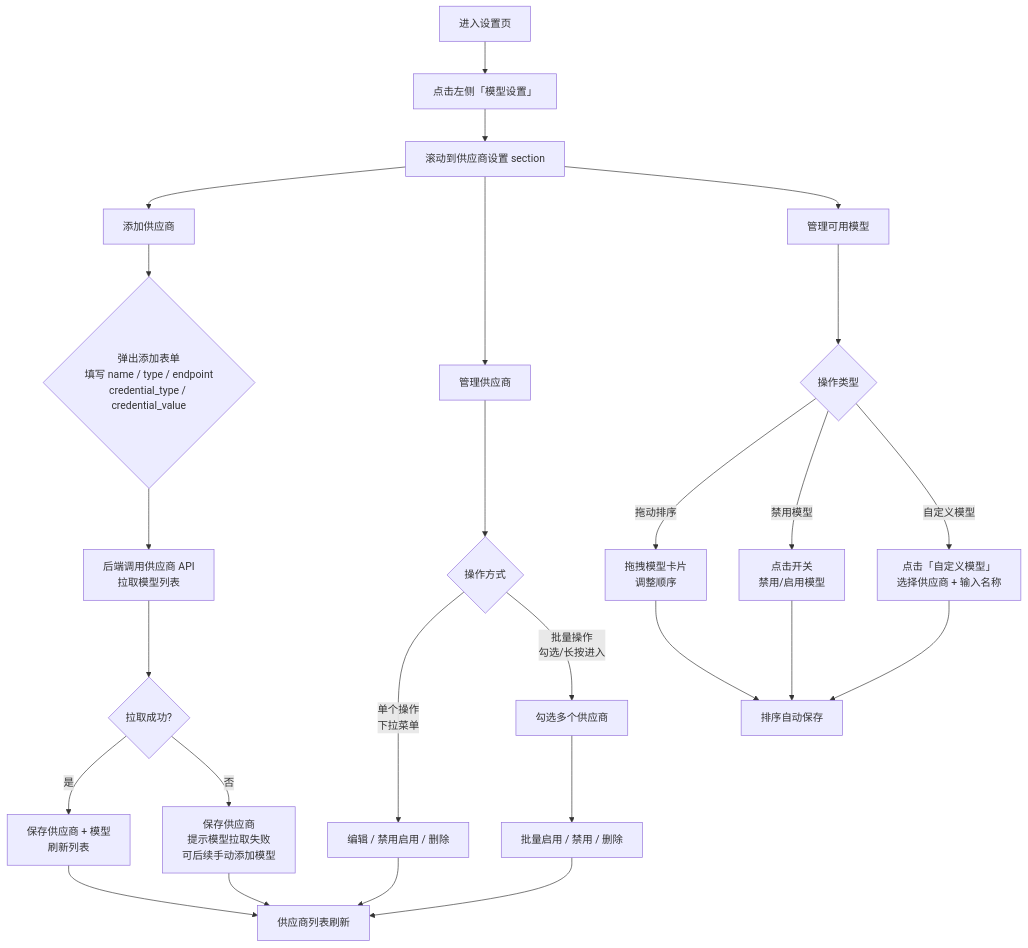
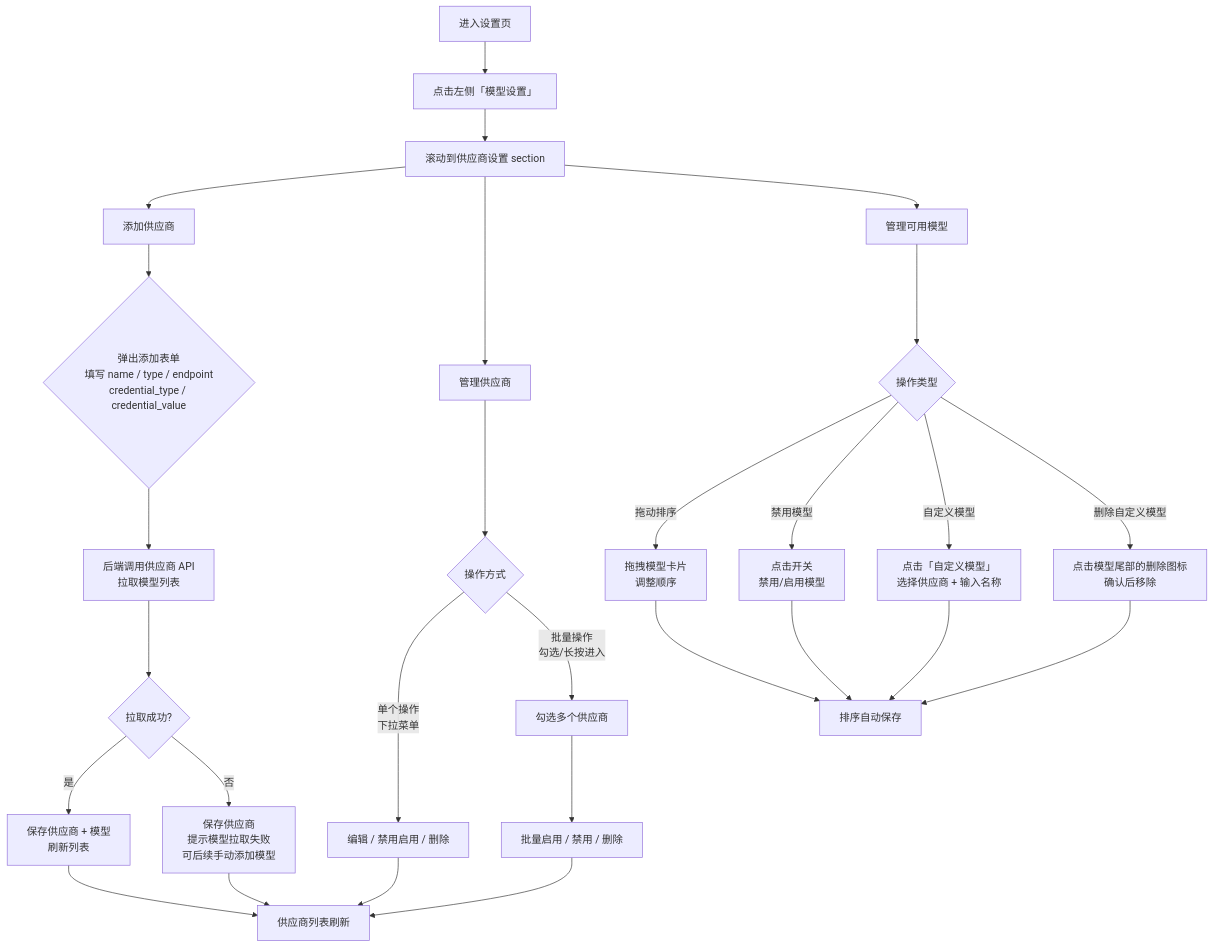
One commit to Deliay/z-agent-gear changed the second of 2 diagrams in docs/product/shipping/llm-provider-settings.md. Above: the diagram before and after it, drawn with Mermaid. The commit also changed other lines of this file and 20 other files, not shown here.

````diff
--- a/docs/product/shipping/llm-provider-settings.md
+++ b/docs/product/shipping/llm-provider-settings.md
@@ -175,31 +186,33 @@
 ```mermaid
 flowchart TD
     A["进入设置页"] --> B["点击左侧「模型设置」"]
     B --> C["滚动到供应商设置 section"]
 
     C --> D["添加供应商"]
     D --> D1{"弹出添加表单<br/>填写 name / type / endpoint<br/>credential_type / credential_value"}
     D1 --> D2["后端调用供应商 API<br/>拉取模型列表"]
     D2 --> D3{"拉取成功?"}
     D3 -->|是| D4["保存供应商 + 模型<br/>刷新列表"]
     D3 -->|否| D5["保存供应商<br/>提示模型拉取失败<br/>可后续手动添加模型"]
     D4 --> F["供应商列表刷新"]
     D5 --> F
 
     C --> E["管理供应商"]
     E --> E1{"操作方式"}
     E1 -->|单个操作<br/>下拉菜单| E2["编辑 / 禁用启用 / 删除"]
     E1 -->|批量操作<br/>勾选/长按进入| E3["勾选多个供应商"]
     E3 --> E4["批量启用 / 禁用 / 删除"]
     E2 --> F
     E4 --> F
 
     C --> G["管理可用模型"]
     G --> G1{"操作类型"}
     G1 -->|拖动排序| G2["拖拽模型卡片<br/>调整顺序"]
     G1 -->|禁用模型| G3["点击开关<br/>禁用/启用模型"]
     G1 -->|自定义模型| G4["点击「自定义模型」<br/>选择供应商 + 输入名称"]
+    G1 -->|删除自定义模型| G5["点击模型尾部的删除图标<br/>确认后移除"]
     G2 --> H["排序自动保存"]
     G3 --> H
     G4 --> H
+    G5 --> H
 ```
````
